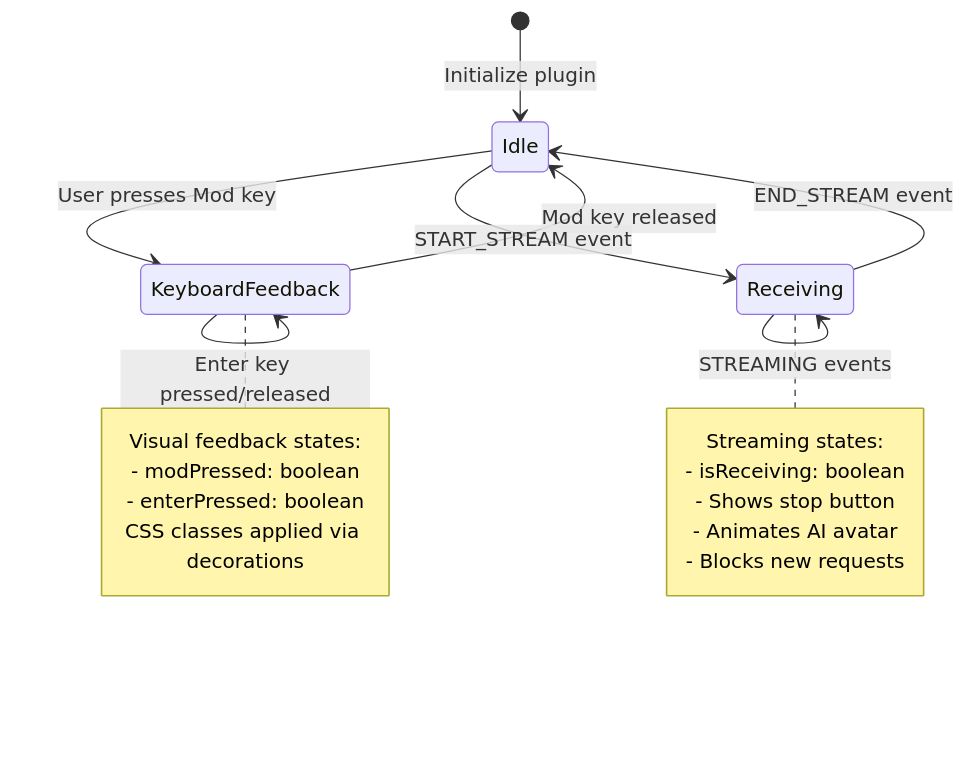
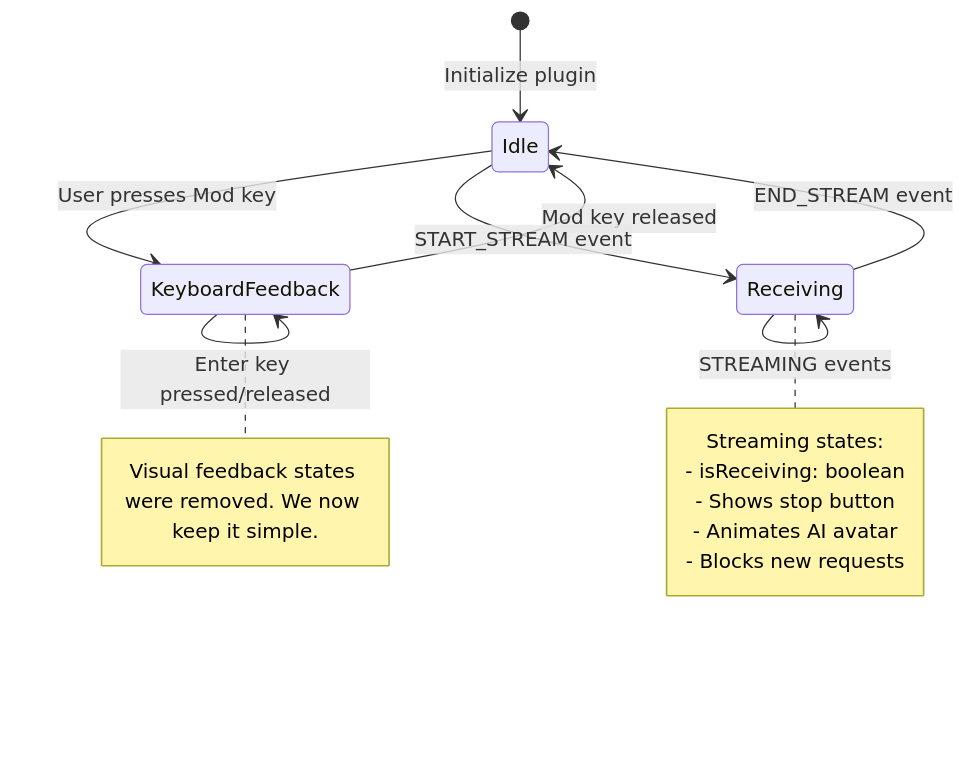
Before and after one commit to Lixpi/lixpi.ai: the second of 5 diagrams in services/web-ui/src/components/proseMirror/plugins/aiChatThreadPlugin/README.md, drawn with Mermaid. The commit also changed other lines of this file and 6 other files, not shown here.

````diff
--- a/services/web-ui/src/components/proseMirror/plugins/aiChatThreadPlugin/README.md
+++ b/services/web-ui/src/components/proseMirror/plugins/aiChatThreadPlugin/README.md
@@ -66,25 +73,22 @@
 ```mermaid
 stateDiagram-v2
     [*] --> Idle: Initialize plugin
     Idle --> KeyboardFeedback: User presses Mod key
     KeyboardFeedback --> KeyboardFeedback: Enter key pressed/released
     KeyboardFeedback --> Idle: Mod key released
     Idle --> Receiving: START_STREAM event
     Receiving --> Receiving: STREAMING events
     Receiving --> Idle: END_STREAM event
 
     note right of KeyboardFeedback
-        Visual feedback states:
-        - modPressed: boolean
-        - enterPressed: boolean
-        CSS classes applied via decorations
+      Visual feedback states were removed. We now keep it simple.
     end note
 
     note right of Receiving
         Streaming states:
         - isReceiving: boolean
         - Shows stop button
         - Animates AI avatar
         - Blocks new requests
     end note
 ```
````
